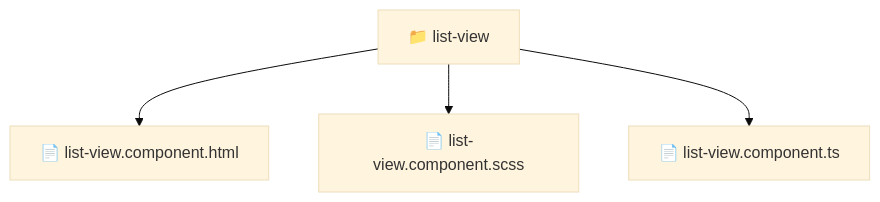
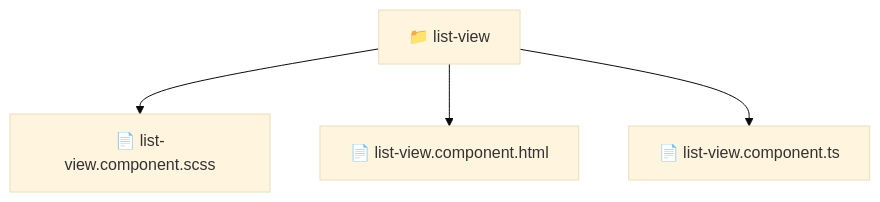
Before and after one commit to beginwebdev2002/fullstack-mavluda: the diagram in frontend/src/shared/ui/list-view/README.md, drawn with Mermaid (base theme). The commit also changed other lines of this file and 164 other files, not shown here.

First line of the commit message:
docs: generate robust autonomous architectural documentation

````diff
--- a/frontend/src/shared/ui/list-view/README.md
+++ b/frontend/src/shared/ui/list-view/README.md
@@ -11,7 +11,7 @@
 ```mermaid
 graph TD
-  Root["📁 list-view"]
-  Root --> list_view_component_html["📄 list-view.component.html"]
-  Root --> list_view_component_scss["📄 list-view.component.scss"]
-  Root --> list_view_component_ts["📄 list-view.component.ts"]
+    f_list_view["📁 list-view"]
+    f_list_view --> f_list_view_component_scss["📄 list-view.component.scss"]
+    f_list_view --> f_list_view_component_html["📄 list-view.component.html"]
+    f_list_view --> f_list_view_component_ts["📄 list-view.component.ts"]
 ```
````
